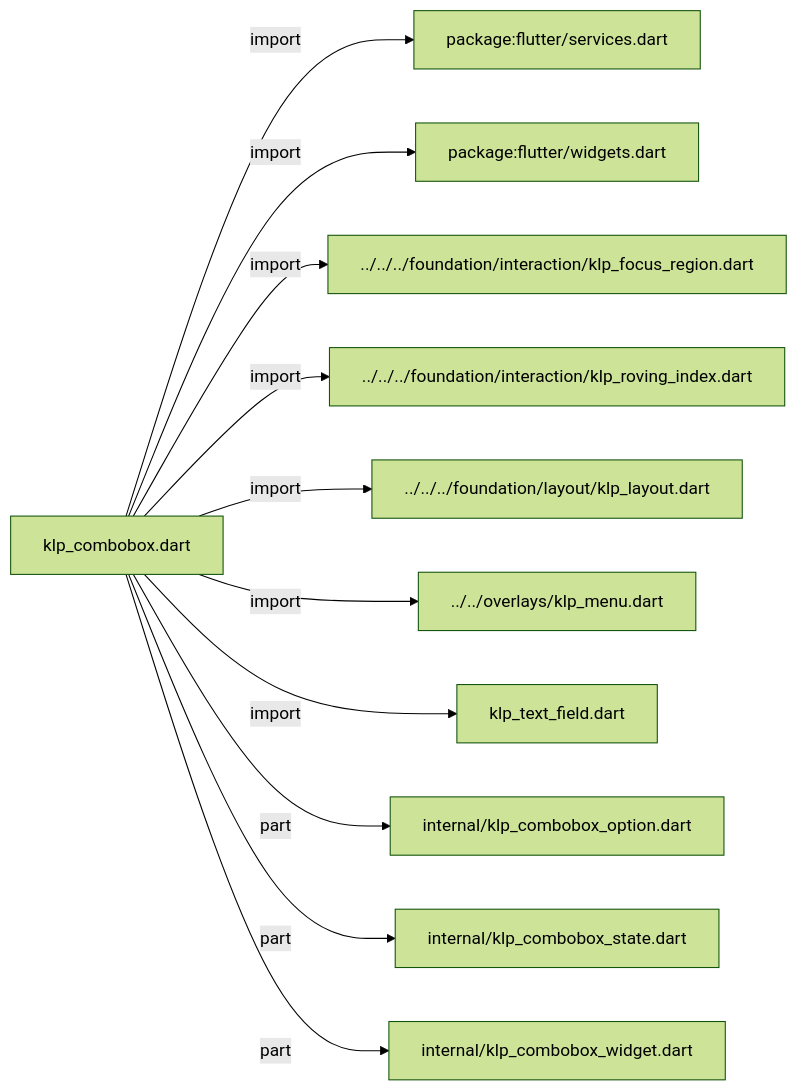
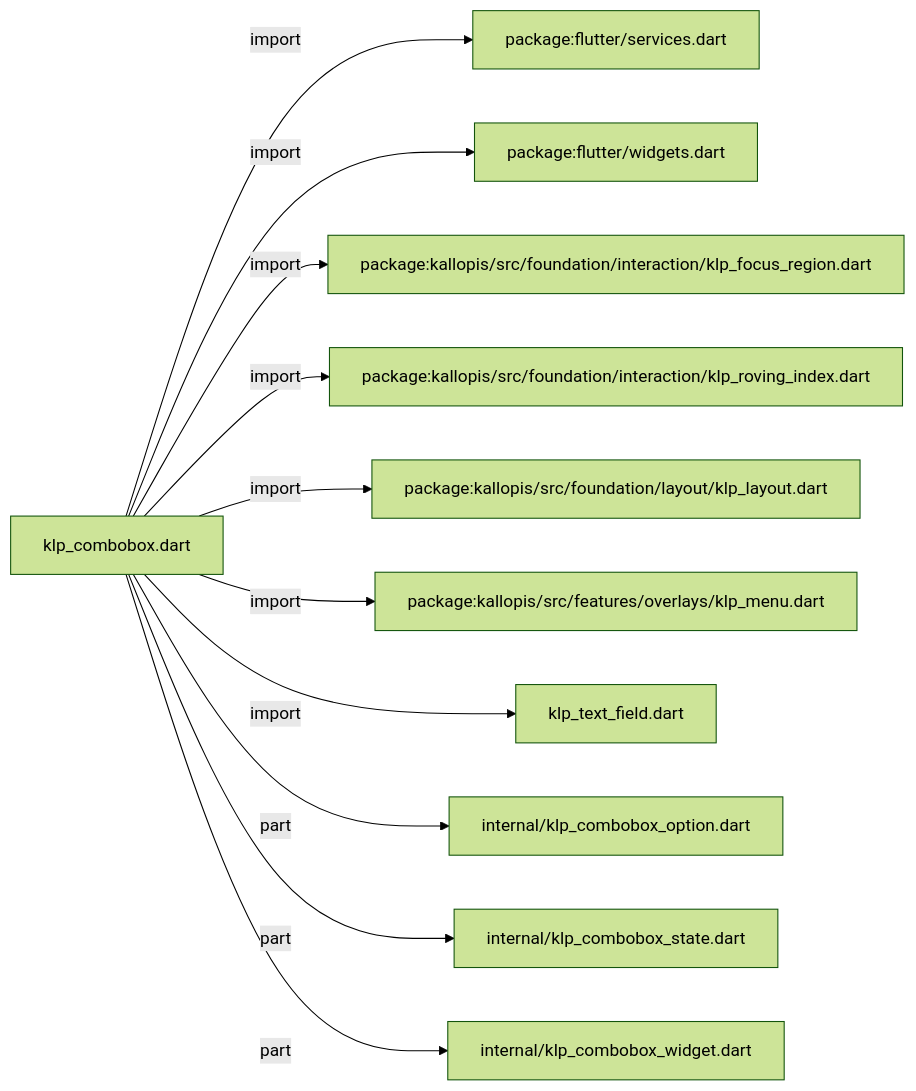
One commit to MiuDog/Kallopis changed the diagram in docs/architecture/src/features/forms/input/klp_combobox.md. Above: the diagram before and after it, drawn with Mermaid (forest theme). The commit also changed other lines of this file and 9688 other files, not shown here.

Commit message:
Prepare isolated Flow F2 peer baseline

````diff
--- a/docs/architecture/src/features/forms/input/klp_combobox.md
+++ b/docs/architecture/src/features/forms/input/klp_combobox.md
@@ -11,24 +11,24 @@
 ```mermaid
 flowchart LR
 	n0["klp_combobox.dart"]
 	n1["package:flutter/services.dart"]
 	n2["package:flutter/widgets.dart"]
-	n3["../../../foundation/interaction/klp_focus_region.dart"]
-	n4["../../../foundation/interaction/klp_roving_index.dart"]
-	n5["../../../foundation/layout/klp_layout.dart"]
-	n6["../../overlays/klp_menu.dart"]
+	n3["package:kallopis/src/foundation/interaction/klp_focus_region.dart"]
+	n4["package:kallopis/src/foundation/interaction/klp_roving_index.dart"]
+	n5["package:kallopis/src/foundation/layout/klp_layout.dart"]
+	n6["package:kallopis/src/features/overlays/klp_menu.dart"]
 	n7["klp_text_field.dart"]
 	n8["internal/klp_combobox_option.dart"]
 	n9["internal/klp_combobox_state.dart"]
 	n10["internal/klp_combobox_widget.dart"]
 	n0 -->|"import"| n1
 	n0 -->|"import"| n2
 	n0 -->|"import"| n3
 	n0 -->|"import"| n4
 	n0 -->|"import"| n5
 	n0 -->|"import"| n6
 	n0 -->|"import"| n7
 	n0 -->|"part"| n8
 	n0 -->|"part"| n9
 	n0 -->|"part"| n10
 ```
````
